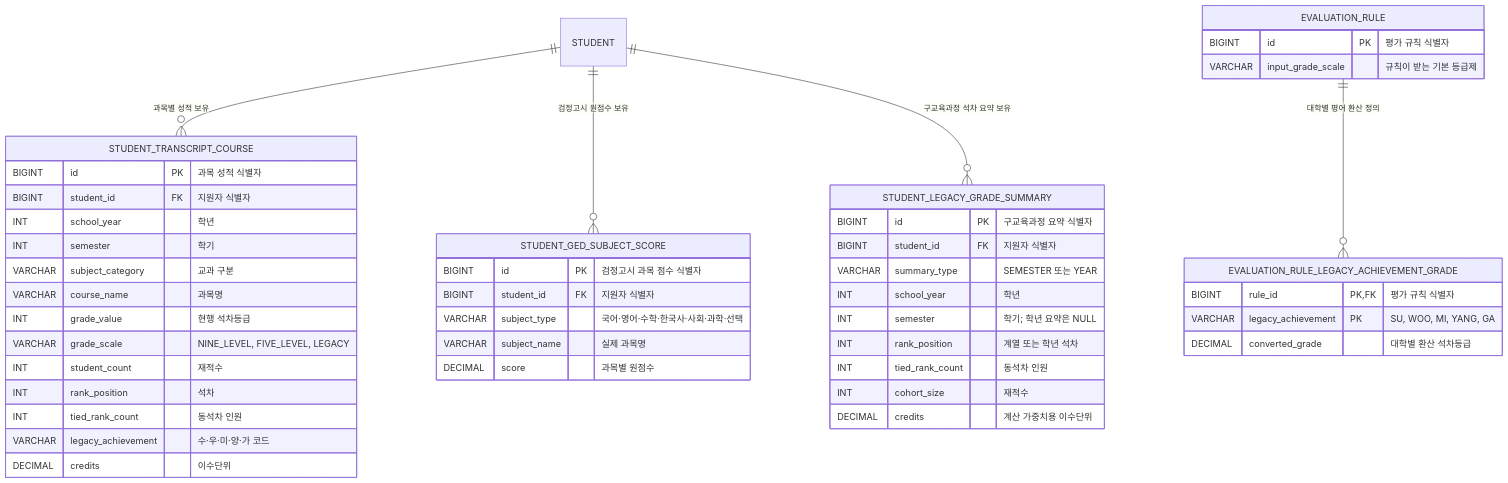
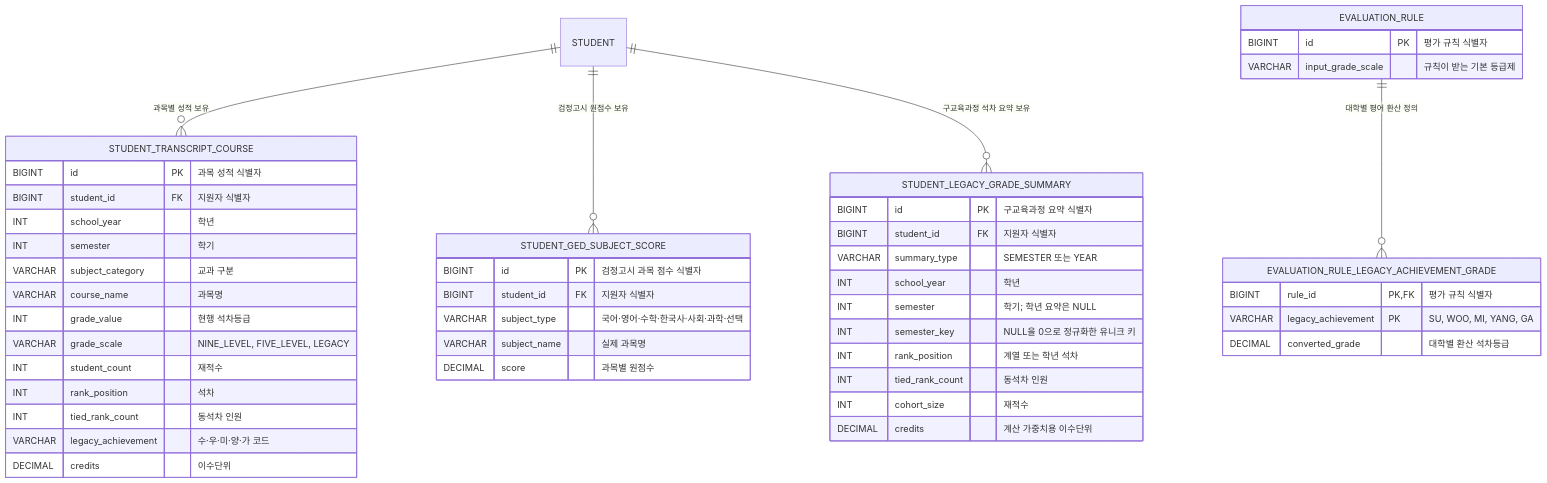
One commit to JanooGwan/grade-verification changed the diagram in docs/LEGACY_ACADEMIC_DATA_MODEL.md. Above: the diagram before and after it, drawn with Mermaid. The commit also changed 12 other files, not shown here.

````diff
--- a/docs/LEGACY_ACADEMIC_DATA_MODEL.md
+++ b/docs/LEGACY_ACADEMIC_DATA_MODEL.md
@@ -7,54 +7,55 @@
 ```mermaid
 erDiagram
     STUDENT ||--o{ STUDENT_TRANSCRIPT_COURSE : "과목별 성적 보유"
     STUDENT ||--o{ STUDENT_GED_SUBJECT_SCORE : "검정고시 원점수 보유"
     STUDENT ||--o{ STUDENT_LEGACY_GRADE_SUMMARY : "구교육과정 석차 요약 보유"
     EVALUATION_RULE ||--o{ EVALUATION_RULE_LEGACY_ACHIEVEMENT_GRADE : "대학별 평어 환산 정의"
 
     STUDENT_TRANSCRIPT_COURSE {
         BIGINT id PK "과목 성적 식별자"
         BIGINT student_id FK "지원자 식별자"
         INT school_year "학년"
         INT semester "학기"
         VARCHAR subject_category "교과 구분"
         VARCHAR course_name "과목명"
         INT grade_value "현행 석차등급"
         VARCHAR grade_scale "NINE_LEVEL, FIVE_LEVEL, LEGACY"
         INT student_count "재적수"
         INT rank_position "석차"
         INT tied_rank_count "동석차 인원"
         VARCHAR legacy_achievement "수·우·미·양·가 코드"
         DECIMAL credits "이수단위"
     }
 
     STUDENT_GED_SUBJECT_SCORE {
         BIGINT id PK "검정고시 과목 점수 식별자"
         BIGINT student_id FK "지원자 식별자"
         VARCHAR subject_type "국어·영어·수학·한국사·사회·과학·선택"
         VARCHAR subject_name "실제 과목명"
         DECIMAL score "과목별 원점수"
     }
 
     STUDENT_LEGACY_GRADE_SUMMARY {
         BIGINT id PK "구교육과정 요약 식별자"
         BIGINT student_id FK "지원자 식별자"
         VARCHAR summary_type "SEMESTER 또는 YEAR"
         INT school_year "학년"
         INT semester "학기; 학년 요약은 NULL"
+        INT semester_key "NULL을 0으로 정규화한 유니크 키"
         INT rank_position "계열 또는 학년 석차"
         INT tied_rank_count "동석차 인원"
         INT cohort_size "재적수"
         DECIMAL credits "계산 가중치용 이수단위"
     }
 
     EVALUATION_RULE {
         BIGINT id PK "평가 규칙 식별자"
         VARCHAR input_grade_scale "규칙이 받는 기본 등급제"
     }
 
     EVALUATION_RULE_LEGACY_ACHIEVEMENT_GRADE {
         BIGINT rule_id PK,FK "평가 규칙 식별자"
         VARCHAR legacy_achievement PK "SU, WOO, MI, YANG, GA"
         DECIMAL converted_grade "대학별 환산 석차등급"
     }
 ```
````
